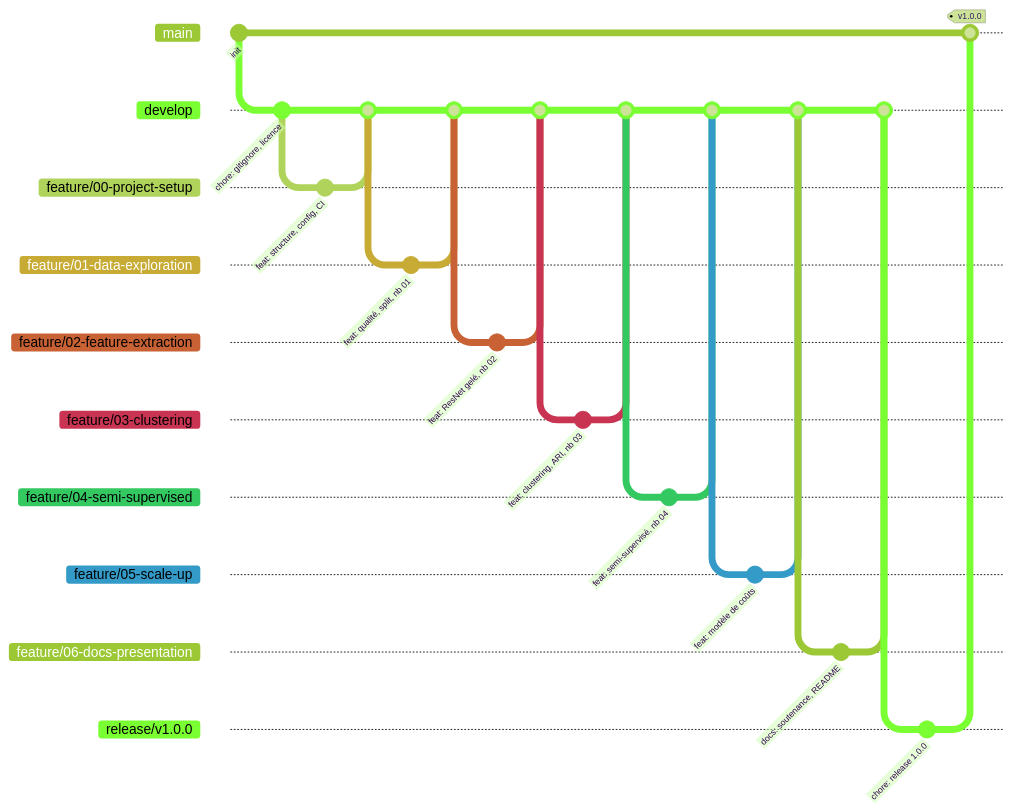
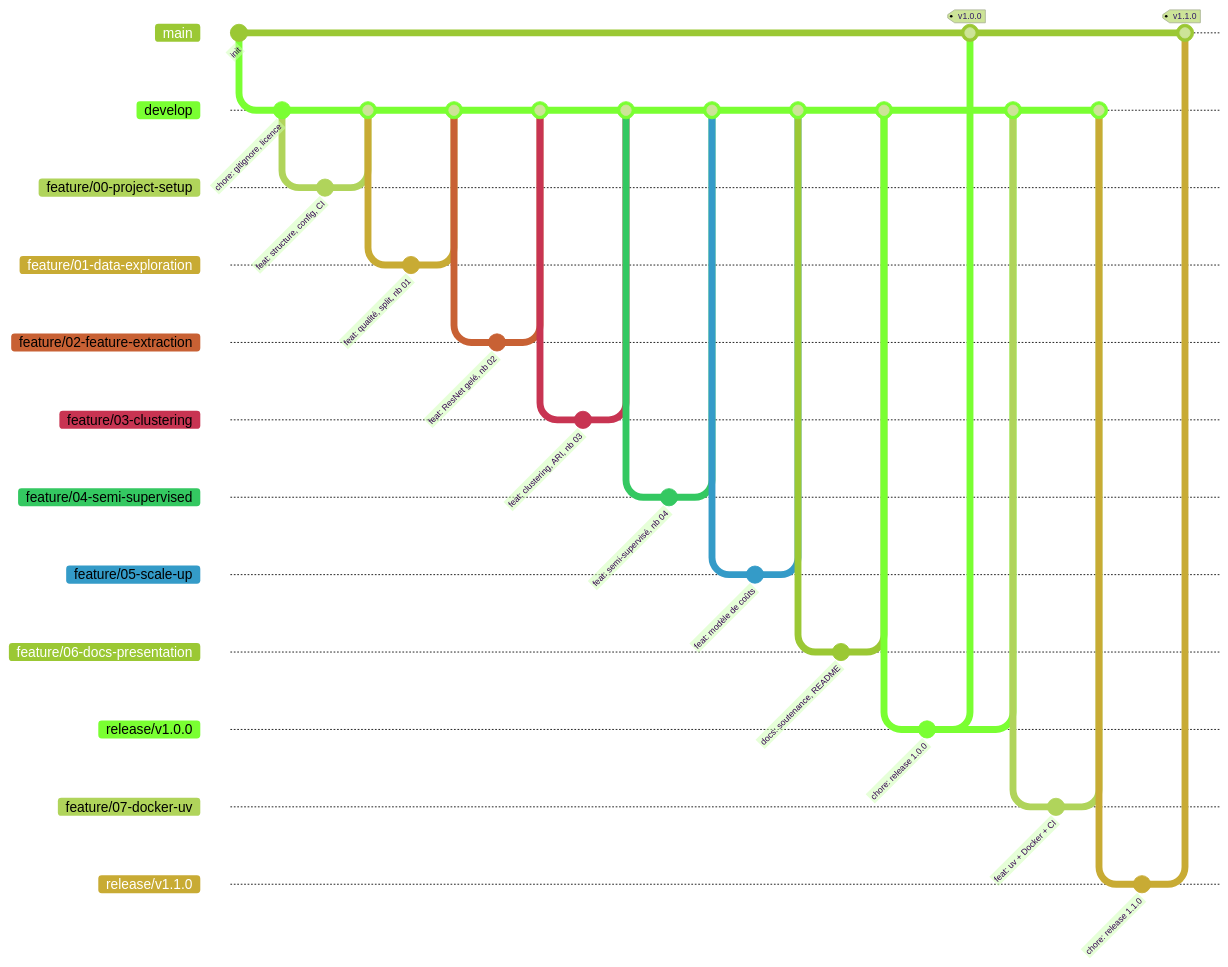
Before and after one commit to Nerion-1337/brainscanai: the eighth of 9 diagrams in README.md, drawn with Mermaid (forest theme). The commit also changed other lines of this file and 11 other files, not shown here.

````diff
--- a/README.md
+++ b/README.md
@@ -408,39 +415,49 @@
 ```mermaid
 gitGraph
     commit id: "init"
     branch develop
     checkout develop
     commit id: "chore: gitignore, licence"
     branch "feature/00-project-setup"
     commit id: "feat: structure, config, CI"
     checkout develop
     merge "feature/00-project-setup"
     branch "feature/01-data-exploration"
     commit id: "feat: qualité, split, nb 01"
     checkout develop
     merge "feature/01-data-exploration"
     branch "feature/02-feature-extraction"
     commit id: "feat: ResNet gelé, nb 02"
     checkout develop
     merge "feature/02-feature-extraction"
     branch "feature/03-clustering"
     commit id: "feat: clustering, ARI, nb 03"
     checkout develop
     merge "feature/03-clustering"
     branch "feature/04-semi-supervised"
     commit id: "feat: semi-supervisé, nb 04"
     checkout develop
     merge "feature/04-semi-supervised"
     branch "feature/05-scale-up"
     commit id: "feat: modèle de coûts"
     checkout develop
     merge "feature/05-scale-up"
     branch "feature/06-docs-presentation"
     commit id: "docs: soutenance, README"
     checkout develop
     merge "feature/06-docs-presentation"
     branch "release/v1.0.0"
     commit id: "chore: release 1.0.0"
     checkout main
     merge "release/v1.0.0" tag: "v1.0.0"
+    checkout develop
+    merge "release/v1.0.0"
+    branch "feature/07-docker-uv"
+    commit id: "feat: uv + Docker + CI"
+    checkout develop
+    merge "feature/07-docker-uv"
+    branch "release/v1.1.0"
+    commit id: "chore: release 1.1.0"
+    checkout main
+    merge "release/v1.1.0" tag: "v1.1.0"
 ```
````
